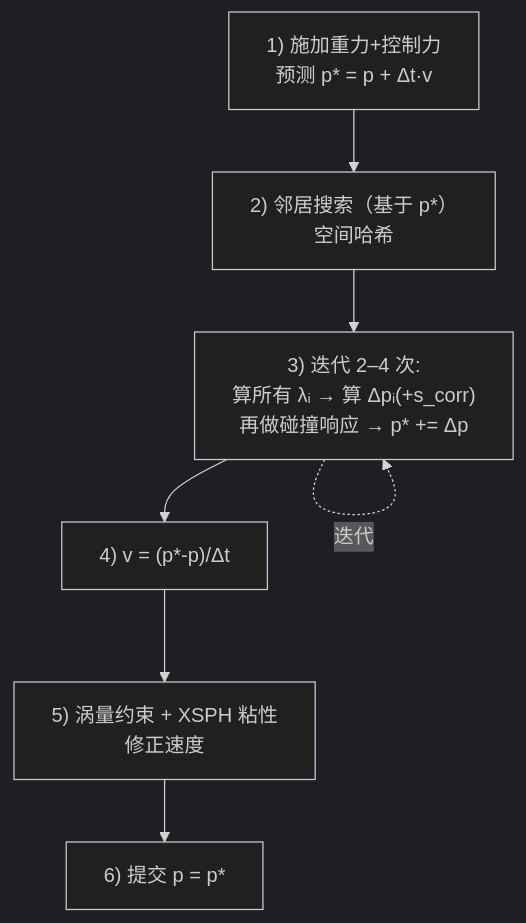
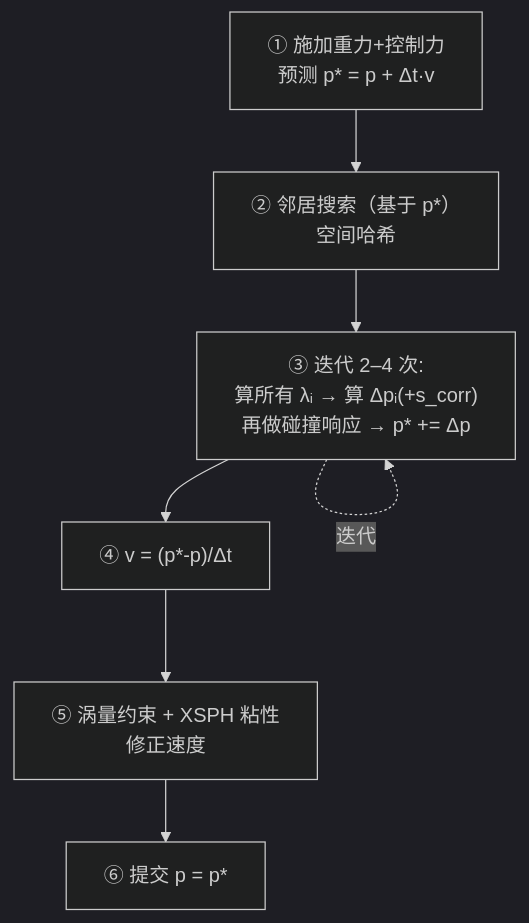
The second of 3 diagrams in TripoDCC&Shader知识库/Renderer/软体模拟/07 PBD 与 PBF.md (Pleasant233/Library), drawn with Mermaid (dark theme) before and after one commit. The commit also changed other lines of this file, not shown here.

Commit message:
fix: Mermaid 编号改用圆圈数字彻底规避列表解析
「数字) 」和「数字. 」一样都是 CommonMark 有序列表标记，
上次改 . 为 ) 无效。改用 ①②③ 圆圈数字，不触发列表解析。

````diff
--- a/TripoDCC&Shader知识库/Renderer/软体模拟/07 PBD 与 PBF.md
+++ b/TripoDCC&Shader知识库/Renderer/软体模拟/07 PBD 与 PBF.md
@@ -84,9 +84,9 @@
 ```mermaid
 flowchart TD
-    A["1) 施加重力+控制力\n预测 p* = p + Δt·v"] --> B["2) 邻居搜索（基于 p*）\n空间哈希"]
-    B --> C["3) 迭代 2–4 次:\n算所有 λᵢ → 算 Δpᵢ(+s_corr)\n再做碰撞响应 → p* += Δp"]
-    C --> D["4) v = (p*-p)/Δt"]
-    D --> E["5) 涡量约束 + XSPH 粘性\n修正速度"]
-    E --> F["6) 提交 p = p*"]
+    A["① 施加重力+控制力\n预测 p* = p + Δt·v"] --> B["② 邻居搜索（基于 p*）\n空间哈希"]
+    B --> C["③ 迭代 2–4 次:\n算所有 λᵢ → 算 Δpᵢ(+s_corr)\n再做碰撞响应 → p* += Δp"]
+    C --> D["④ v = (p*-p)/Δt"]
+    D --> E["⑤ 涡量约束 + XSPH 粘性\n修正速度"]
+    E --> F["⑥ 提交 p = p*"]
     C -.->|迭代| C
 ```
````
